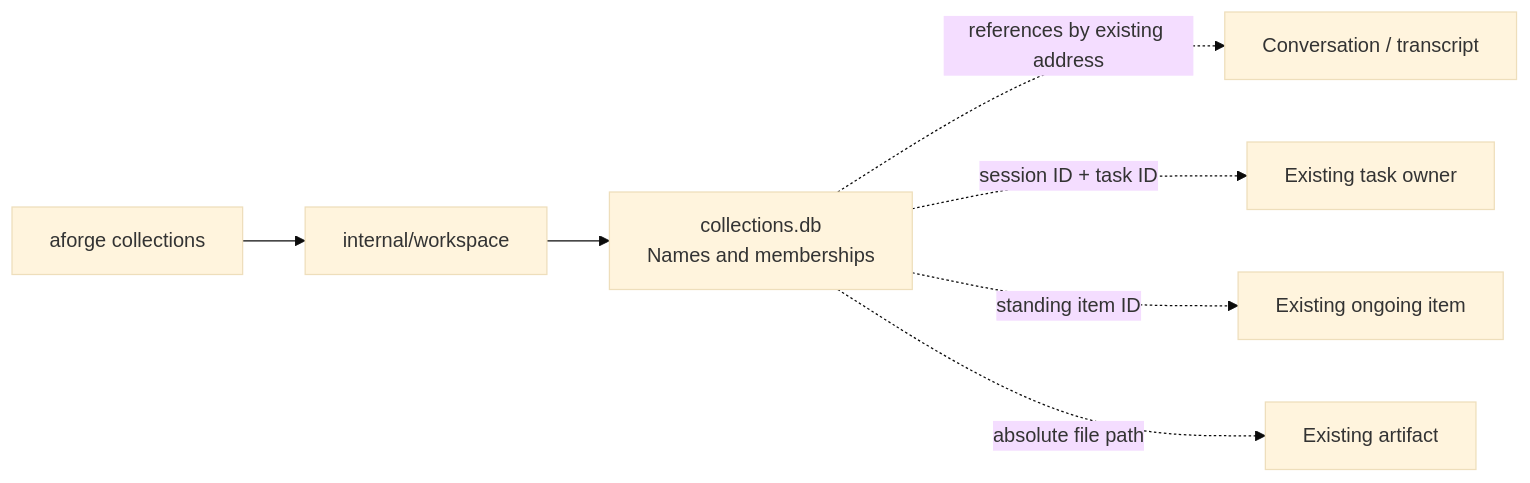
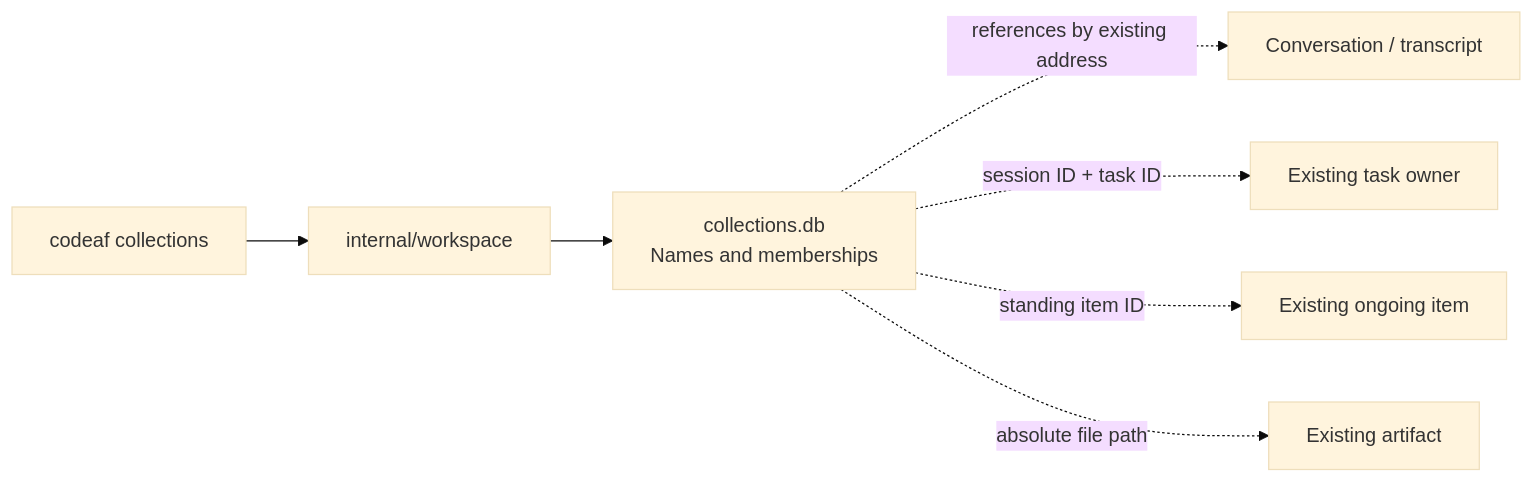
One commit to Agent-Field/CodeAF changed the diagram in docs/design/workspace-foundation/IMPLEMENTATION.md. Above: the diagram before and after it, drawn with Mermaid (base theme). The commit also changed other lines of this file and 280 other files, not shown here.

````diff
--- a/docs/design/workspace-foundation/IMPLEMENTATION.md
+++ b/docs/design/workspace-foundation/IMPLEMENTATION.md
@@ -14,9 +14,9 @@
 ```mermaid
 flowchart LR
-    CLI["aforge collections"] --> Domain["internal/workspace"]
+    CLI["codeaf collections"] --> Domain["internal/workspace"]
     Domain --> DB["collections.db\nNames and memberships"]
     DB -. "references by existing address" .-> Chat["Conversation / transcript"]
     DB -. "session ID + task ID" .-> Task["Existing task owner"]
     DB -. "standing item ID" .-> Standing["Existing ongoing item"]
     DB -. "absolute file path" .-> Artifact["Existing artifact"]
 ```
````
